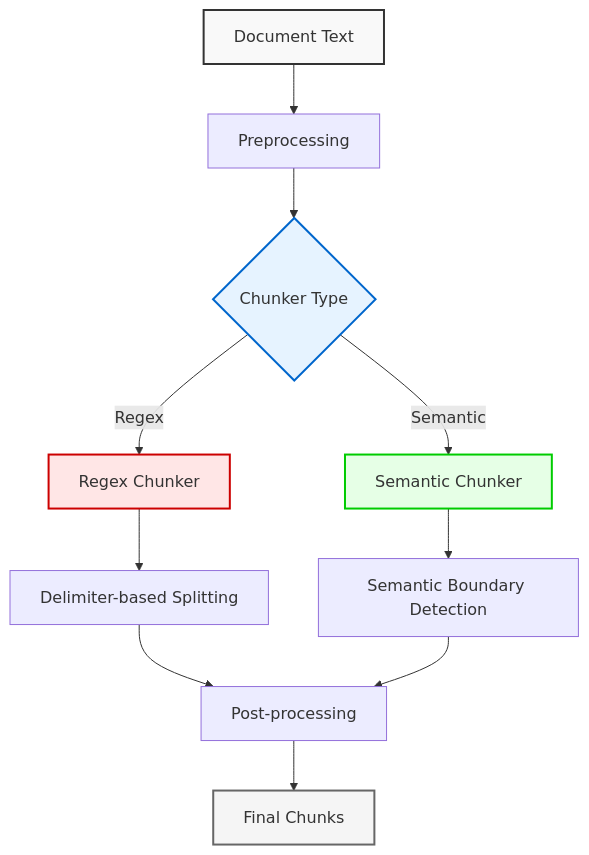
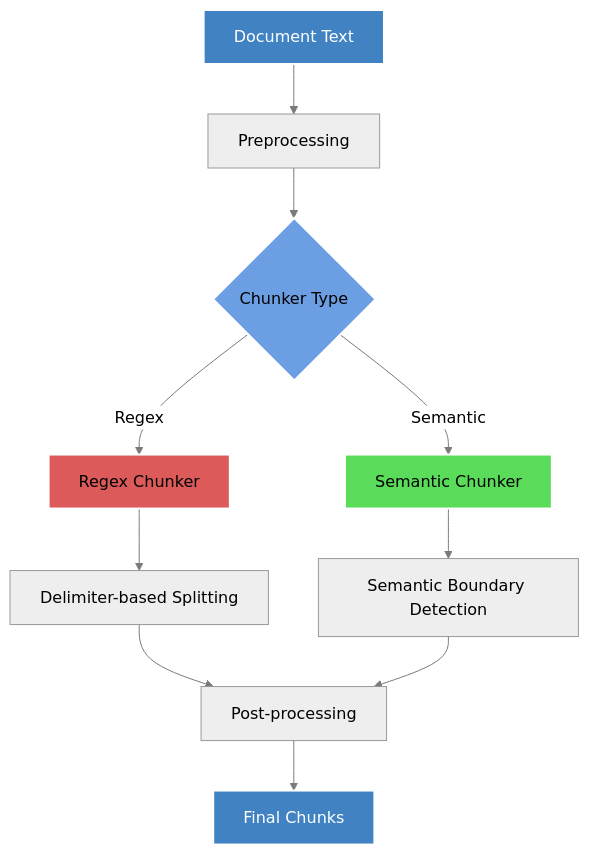
Before and after one commit to aurelio-labs/aurelio-sdk: the first of 4 diagrams in docs/user-guide/chunking.md, drawn with Mermaid. The commit also changed other lines of this file and 4 other files, not shown here.

Commit message:
fix: dark mode charts

````diff
--- a/docs/user-guide/chunking.md
+++ b/docs/user-guide/chunking.md
@@ -5,21 +5,22 @@
 ```mermaid
+%%{init: {'theme':'neutral', 'themeVariables': {'darkMode': true, 'primaryColor': '#4182c3', 'primaryTextColor': '#fff', 'primaryBorderColor': '#7a7a7a', 'lineColor': '#7a7a7a', 'secondaryColor': '#f5f5f5', 'tertiaryColor': '#333'}}}%%
 flowchart TB
     A[Document Text] --> B[Preprocessing]
     B --> C{Chunker Type}
     C -->|Regex| D[Regex Chunker]
     C -->|Semantic| E[Semantic Chunker]
     
     D --> F[Delimiter-based Splitting]
     E --> G[Semantic Boundary Detection]
     
     F --> H[Post-processing]
     G --> H
     
     H --> I[Final Chunks]
     
-    style A fill:#f9f9f9,stroke:#333,stroke-width:2px
-    style C fill:#e6f3ff,stroke:#0066cc,stroke-width:2px
-    style D fill:#ffe6e6,stroke:#cc0000,stroke-width:2px
-    style E fill:#e6ffe6,stroke:#00cc00,stroke-width:2px
-    style I fill:#f5f5f5,stroke:#666,stroke-width:2px
+    style A fill:#4182c3,stroke:#ffffff,stroke-width:2px,color:#ffffff
+    style C fill:#6c9ee3,stroke:#ffffff,stroke-width:2px
+    style D fill:#dc5a5a,stroke:#ffffff,stroke-width:2px
+    style E fill:#5adc5a,stroke:#ffffff,stroke-width:2px
+    style I fill:#4182c3,stroke:#ffffff,stroke-width:2px,color:#ffffff
 ```
````
